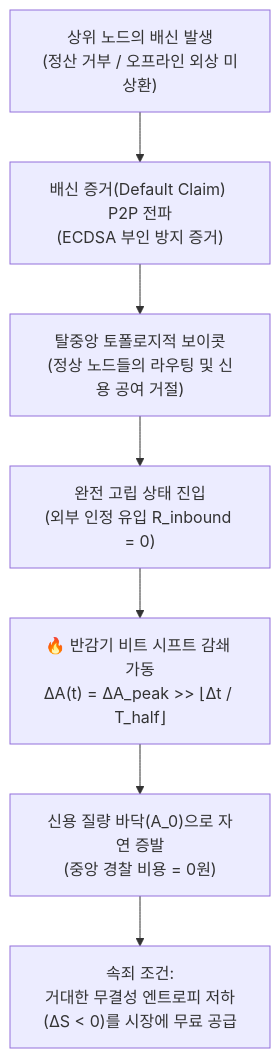
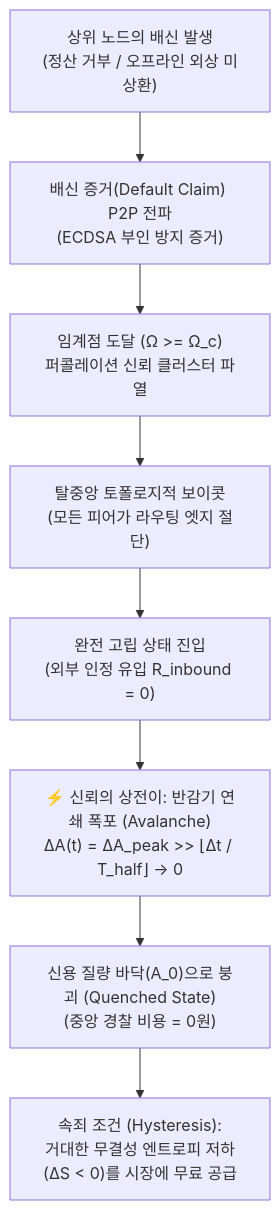
Before and after one commit to Team-Sequence-Thaumaturge/AER: the fourth of 7 diagrams in AER.ko.md, drawn with Mermaid. The commit also changed other lines of this file and 3 other files, not shown here.

````diff
--- a/AER.ko.md
+++ b/AER.ko.md
@@ -170,9 +170,10 @@
 ```mermaid
 graph TD
     Traitor["상위 노드의 배신 발생<br/>(정산 거부 / 오프라인 외상 미상환)"] --> Broadcast["배신 증거(Default Claim) P2P 전파<br/>(ECDSA 부인 방지 증거)"]
-    Broadcast --> Boycott["탈중앙 토폴로지적 보이콧<br/>(정상 노드들의 라우팅 및 신용 공여 거절)"]
+    Broadcast --> Critical["임계점 도달 (Ω >= Ω_c)<br/>퍼콜레이션 신뢰 클러스터 파열"]
+    Critical --> Boycott["탈중앙 토폴로지적 보이콧<br/>(모든 피어가 라우팅 엣지 절단)"]
     Boycott --> Isolation["완전 고립 상태 진입<br/>(외부 인정 유입 R_inbound = 0)"]
-    Isolation --> Decay["🔥 반감기 비트 시프트 감쇄 가동<br/>ΔA(t) = ΔA_peak >> ⌊Δt / T_half⌋"]
-    Decay --> GroundState["신용 질량 바닥(A_0)으로 자연 증발<br/>(중앙 경찰 비용 = 0원)"]
-    GroundState --> Redemption["속죄 조건:<br/>거대한 무결성 엔트로피 저하(ΔS < 0)를 시장에 무료 공급"]
+    Isolation --> Decay["⚡ 신뢰의 상전이: 반감기 연쇄 폭포 (Avalanche)<br/>ΔA(t) = ΔA_peak >> ⌊Δt / T_half⌋ → 0"]
+    Decay --> GroundState["신용 질량 바닥(A_0)으로 붕괴 (Quenched State)<br/>(중앙 경찰 비용 = 0원)"]
+    GroundState --> Redemption["속죄 조건 (Hysteresis):<br/>거대한 무결성 엔트로피 저하(ΔS < 0)를 시장에 무료 공급"]
 ```
````
